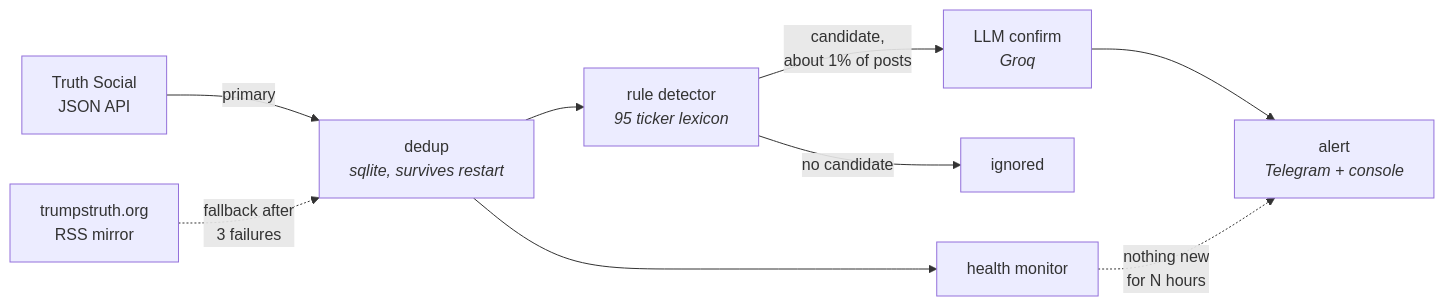
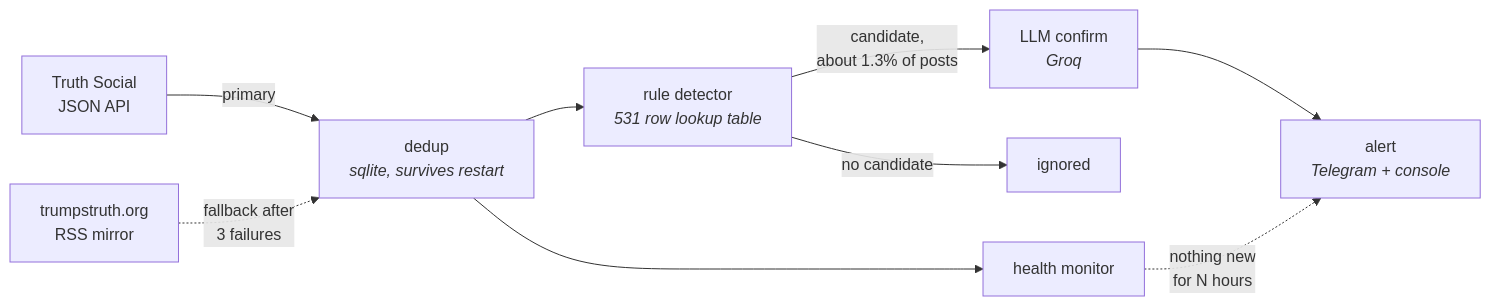
Before and after one commit to hoomanesteki/truth-social-stock-alert-agent: the diagram in README.md, drawn with Mermaid. The commit also changed other lines of this file and 12 other files, not shown here.

````diff
--- a/README.md
+++ b/README.md
@@ -8,11 +8,11 @@
 ```mermaid
 flowchart LR
   A["Truth Social<br/>JSON API"] -->|primary| D["dedup<br/><i>sqlite, survives restart</i>"]
   B["trumpstruth.org<br/>RSS mirror"] -.->|"fallback after<br/>3 failures"| D
-  D --> R["rule detector<br/><i>95 ticker lexicon</i>"]
-  R -->|"candidate,<br/>about 1% of posts"| L["LLM confirm<br/><i>Groq</i>"]
+  D --> R["rule detector<br/><i>531 row lookup table</i>"]
+  R -->|"candidate,<br/>about 1.3% of posts"| L["LLM confirm<br/><i>Groq</i>"]
   R -->|"no candidate"| X["ignored"]
   L --> S["alert<br/><i>Telegram + console</i>"]
   D --> H["health monitor"]
   H -.->|"nothing new<br/>for N hours"| S
 ```
````
